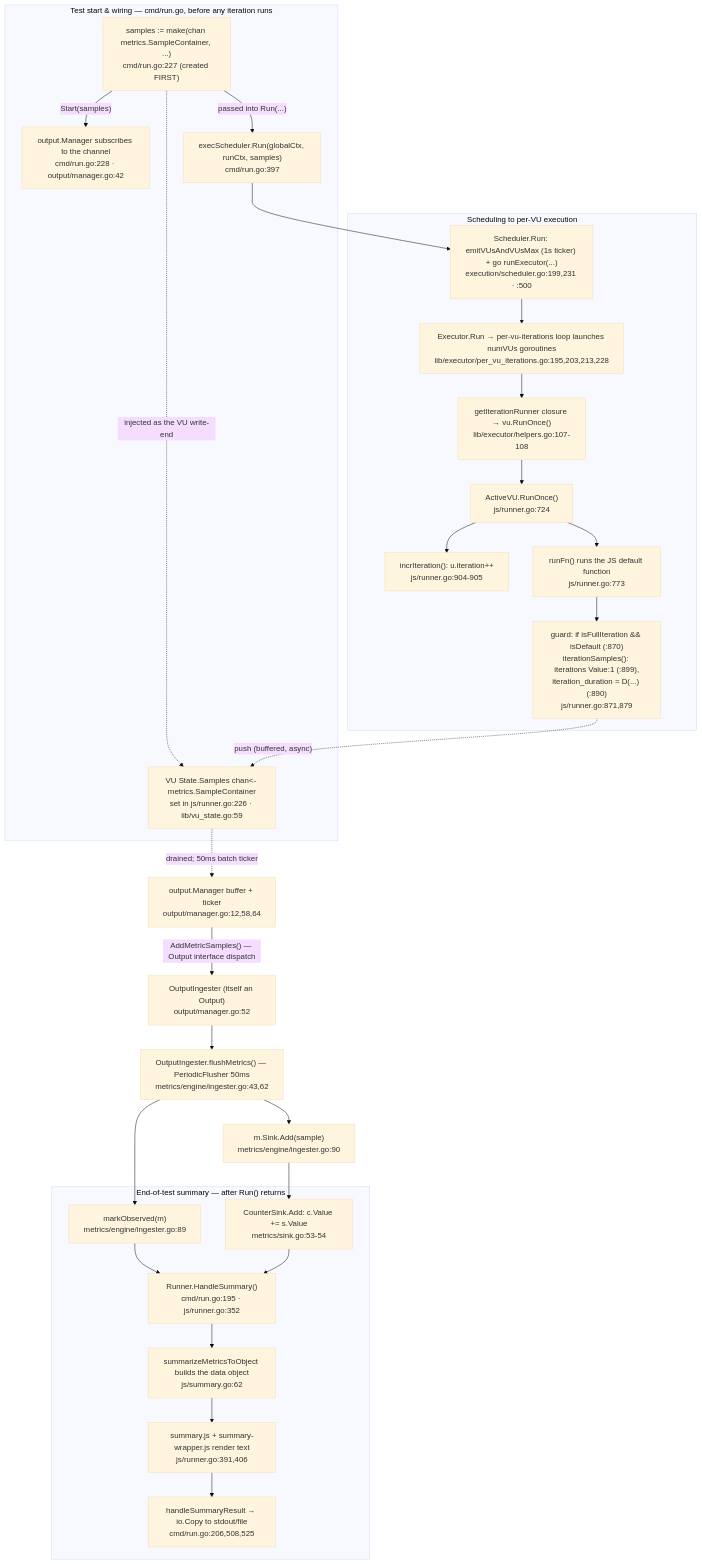
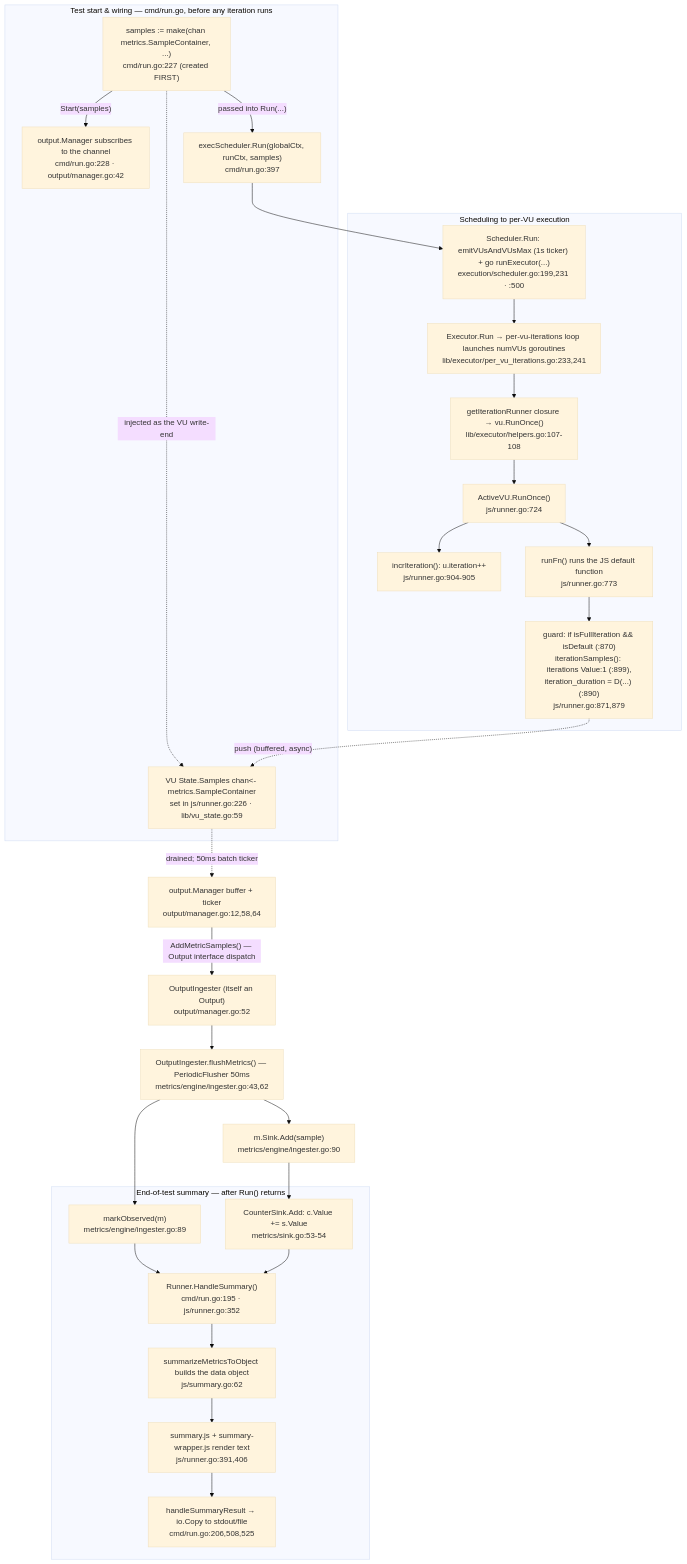
The diagram in blitzy/documentation/k6_ddc3b0b1d23c.md (blitzy-research/k6), drawn with Mermaid (base theme) before and after one commit. The commit also changed other lines of this file, not shown here.

````diff
--- a/blitzy/documentation/k6_ddc3b0b1d23c.md
+++ b/blitzy/documentation/k6_ddc3b0b1d23c.md
@@ -508,35 +597,35 @@
 ```mermaid
 flowchart TD
     subgraph S["Test start &amp; wiring — cmd/run.go, before any iteration runs"]
         A["samples := make(chan metrics.SampleContainer, ...)<br/>cmd/run.go:227 (created FIRST)"]
         A -->|"Start(samples)"| B["output.Manager subscribes to the channel<br/>cmd/run.go:228 · output/manager.go:42"]
         A -->|"passed into Run(...)"| C["execScheduler.Run(globalCtx, runCtx, samples)<br/>cmd/run.go:397"]
         A -.->|"injected as the VU write-end"| D["VU State.Samples chan&lt;- metrics.SampleContainer<br/>set in js/runner.go:226 · lib/vu_state.go:59"]
     end
 
     subgraph X["Scheduling to per-VU execution"]
         C --> E["Scheduler.Run: emitVUsAndVUsMax (1s ticker) + go runExecutor(...)<br/>execution/scheduler.go:199,231 · :500"]
-        E --> F["Executor.Run → per-vu-iterations loop launches numVUs goroutines<br/>lib/executor/per_vu_iterations.go:195,203,213,228"]
+        E --> F["Executor.Run → per-vu-iterations loop launches numVUs goroutines<br/>lib/executor/per_vu_iterations.go:233,241"]
         F --> G["getIterationRunner closure → vu.RunOnce()<br/>lib/executor/helpers.go:107-108"]
         G --> H["ActiveVU.RunOnce()<br/>js/runner.go:724"]
         H --> I["incrIteration(): u.iteration++<br/>js/runner.go:904-905"]
         H --> J["runFn() runs the JS default function<br/>js/runner.go:773"]
         J --> K["guard: if isFullIteration &amp;&amp; isDefault (:870)<br/>iterationSamples(): iterations Value:1 (:899),<br/>iteration_duration = D(...) (:890)<br/>js/runner.go:871,879"]
     end
 
     K -.->|"push (buffered, async)"| D
     D -.->|"drained; 50ms batch ticker"| L["output.Manager buffer + ticker<br/>output/manager.go:12,58,64"]
     L -->|"AddMetricSamples() — Output interface dispatch"| M["OutputIngester (itself an Output)<br/>output/manager.go:52"]
     M --> N["OutputIngester.flushMetrics() — PeriodicFlusher 50ms<br/>metrics/engine/ingester.go:43,62"]
     N --> O["markObserved(m)<br/>metrics/engine/ingester.go:89"]
     N --> P["m.Sink.Add(sample)<br/>metrics/engine/ingester.go:90"]
     P --> Q["CounterSink.Add: c.Value += s.Value<br/>metrics/sink.go:53-54"]
 
     subgraph Z["End-of-test summary — after Run() returns"]
         O --> R["Runner.HandleSummary()<br/>cmd/run.go:195 · js/runner.go:352"]
         Q --> R
         R --> T["summarizeMetricsToObject builds the data object<br/>js/summary.go:62"]
         T --> U["summary.js + summary-wrapper.js render text<br/>js/runner.go:391,406"]
         U --> V["handleSummaryResult → io.Copy to stdout/file<br/>cmd/run.go:206,508,525"]
     end
 ```
````
